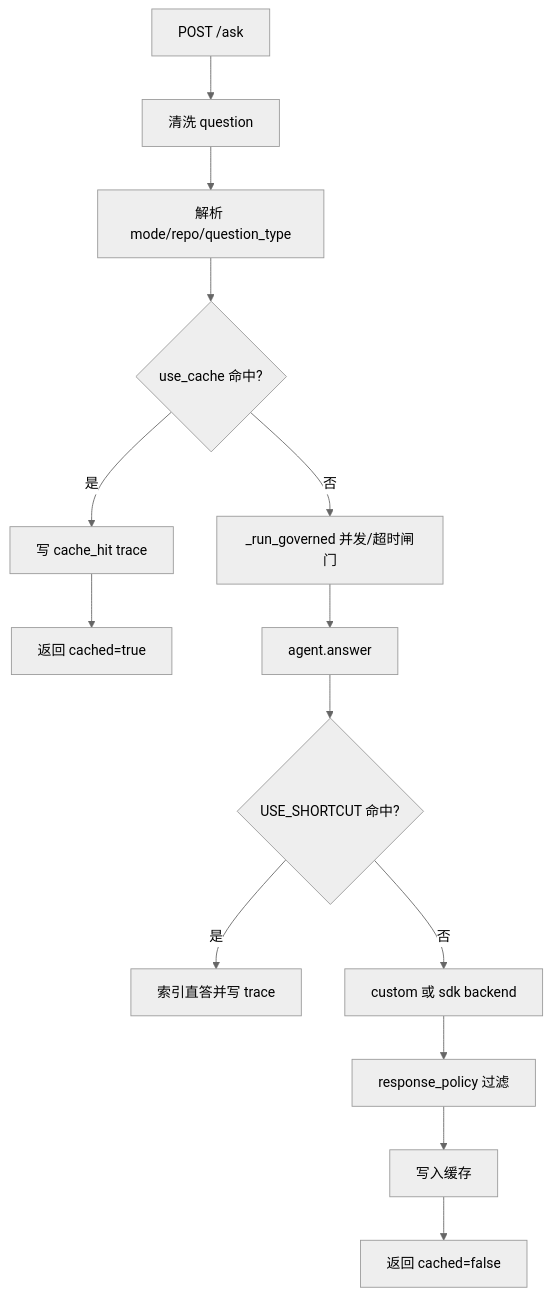
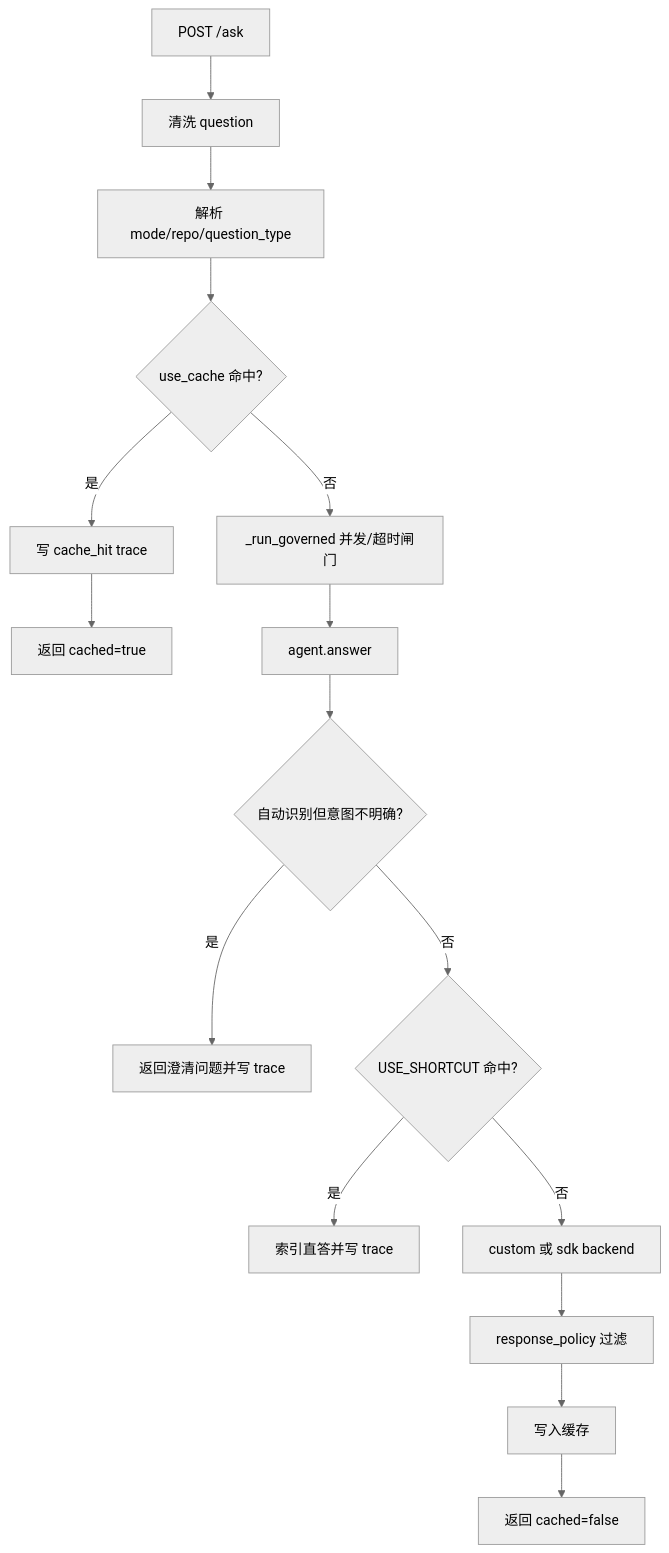
One commit to nomad003/n-code-agent changed the first of 3 diagrams in docs/ask-diagnose-flow.md. Above: the diagram before and after it, drawn with Mermaid (neutral theme). The commit also changed other lines of this file and 6 other files, not shown here.

````diff
--- a/docs/ask-diagnose-flow.md
+++ b/docs/ask-diagnose-flow.md
@@ -39,16 +40,18 @@
 ```mermaid
 flowchart TD
   A[POST /ask] --> B[清洗 question]
   B --> C[解析 mode/repo/question_type]
   C --> D{use_cache 命中?}
   D -- 是 --> E[写 cache_hit trace]
   E --> F[返回 cached=true]
   D -- 否 --> G[_run_governed 并发/超时闸门]
   G --> H[agent.answer]
-  H --> I{USE_SHORTCUT 命中?}
-  I -- 是 --> J[索引直答并写 trace]
-  I -- 否 --> K[custom 或 sdk backend]
-  K --> L[response_policy 过滤]
-  L --> M[写入缓存]
-  M --> N[返回 cached=false]
+  H --> I{自动识别但意图不明确?}
+  I -- 是 --> J[返回澄清问题并写 trace]
+  I -- 否 --> K{USE_SHORTCUT 命中?}
+  K -- 是 --> L[索引直答并写 trace]
+  K -- 否 --> M[custom 或 sdk backend]
+  M --> N[response_policy 过滤]
+  N --> O[写入缓存]
+  O --> P[返回 cached=false]
 ```
````
